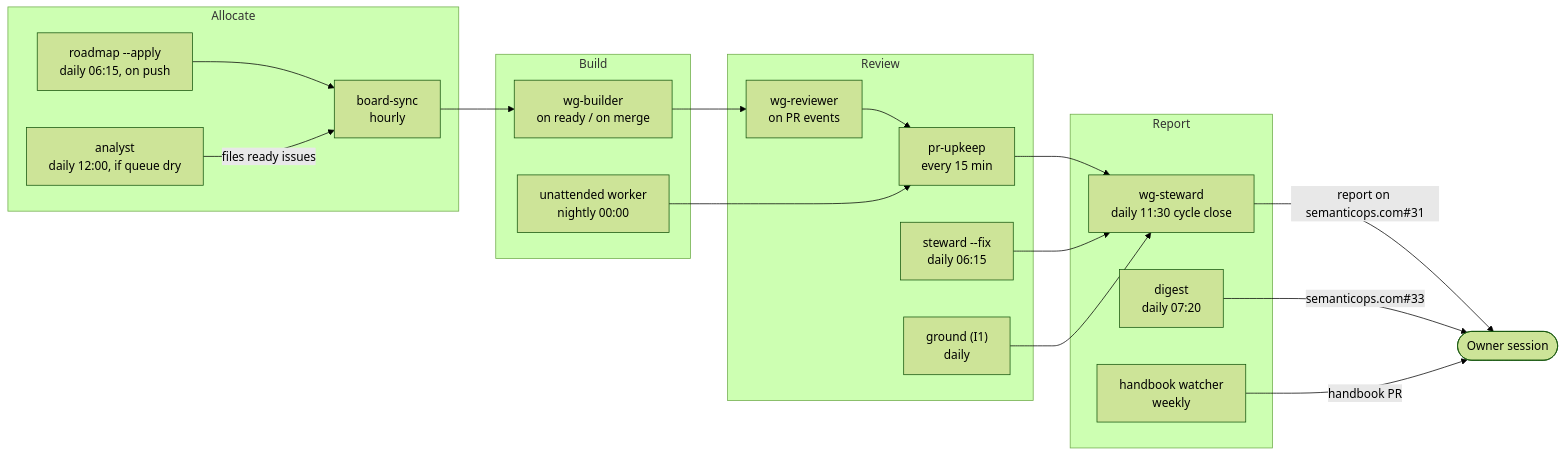
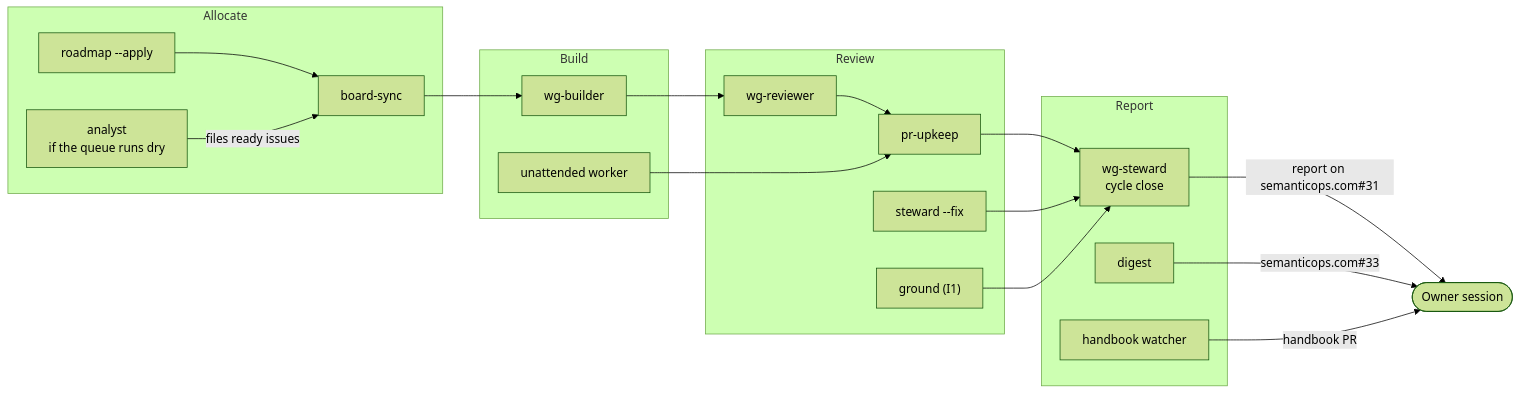
Before and after one commit to the-greenman/clerk: the eighth of 9 diagrams in docs/handbook.md, drawn with Mermaid (forest theme). The commit also changed other lines of this file and 9 other files, not shown here.

````diff
--- a/docs/handbook.md
+++ b/docs/handbook.md
@@ -234,33 +236,33 @@
 ```mermaid
 flowchart LR
   subgraph Allocate
-    BS["board-sync<br/>hourly"]
-    RD["roadmap --apply<br/>daily 06:15, on push"]
-    AN["analyst<br/>daily 12:00, if queue dry"]
+    BS["board-sync"]
+    RD["roadmap --apply"]
+    AN["analyst<br/>if the queue runs dry"]
   end
   subgraph Build
-    BU["wg-builder<br/>on ready / on merge"]
-    UW["unattended worker<br/>nightly 00:00"]
+    BU["wg-builder"]
+    UW["unattended worker"]
   end
   subgraph Review
-    RV["wg-reviewer<br/>on PR events"]
-    UP["pr-upkeep<br/>every 15 min"]
-    SC["steward --fix<br/>daily 06:15"]
-    GD["ground (I1)<br/>daily"]
+    RV["wg-reviewer"]
+    UP["pr-upkeep"]
+    SC["steward --fix"]
+    GD["ground (I1)"]
   end
   subgraph Report
-    WS["wg-steward<br/>daily 11:30 cycle close"]
-    DG["digest<br/>daily 07:20"]
-    HW["handbook watcher<br/>weekly"]
+    WS["wg-steward<br/>cycle close"]
+    DG["digest"]
+    HW["handbook watcher"]
   end
   RD --> BS --> BU
   AN -->|files ready issues| BS
   BU --> RV --> UP
   UW --> UP
   UP --> WS
   SC --> WS
   GD --> WS
   WS -->|report on semanticops.com#31| OS([Owner session])
   DG -->|semanticops.com#33| OS
   HW -->|handbook PR| OS
 ```
````
